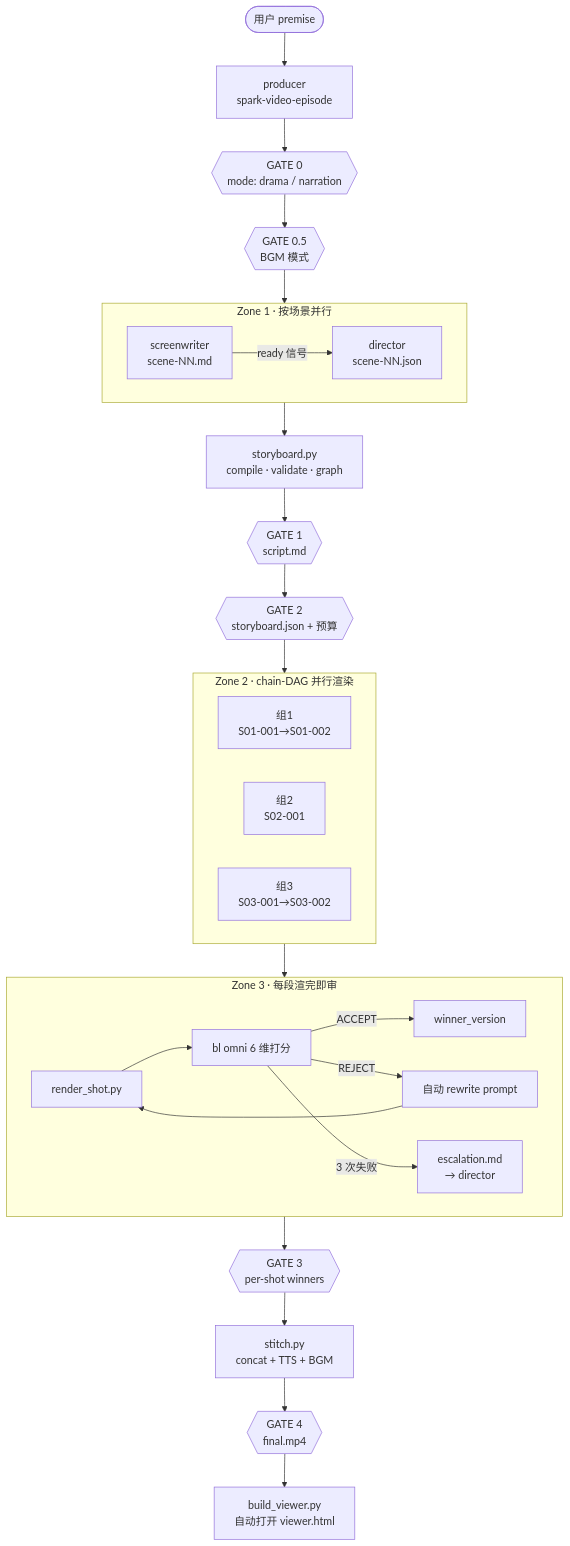
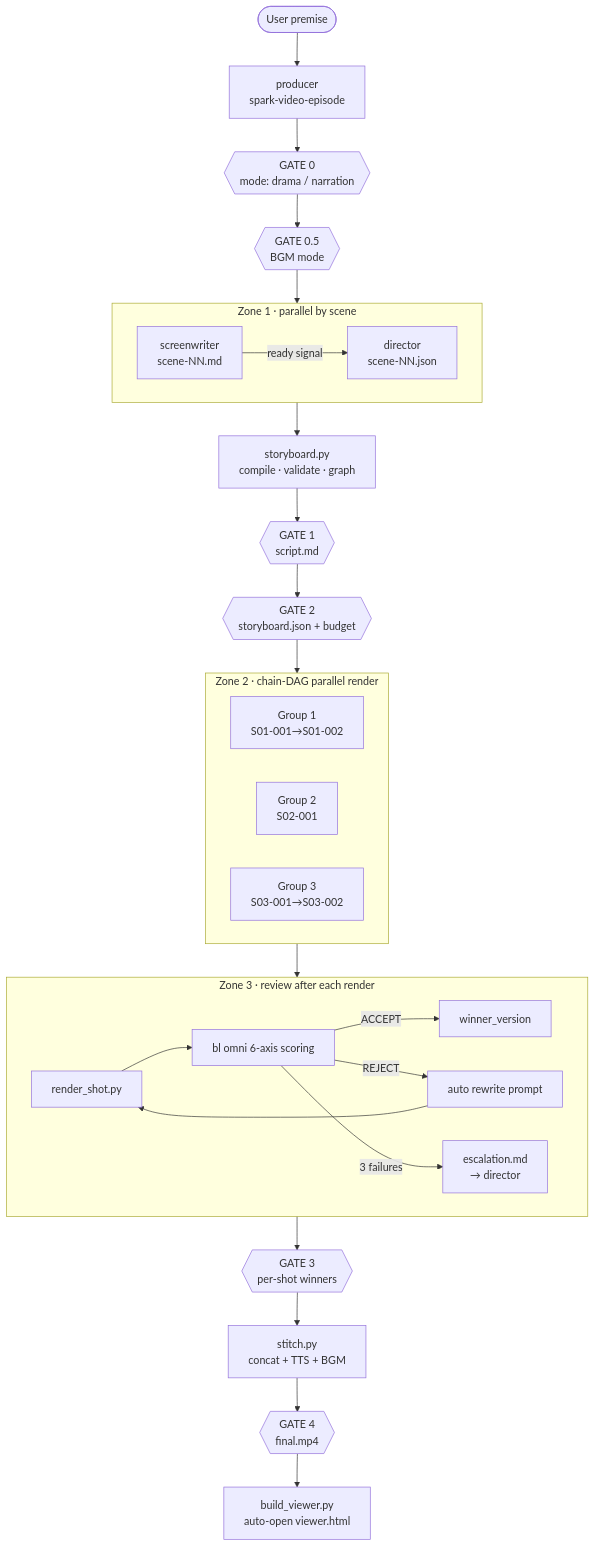
One commit to JohnKeating1997/spark-video changed the first of 6 diagrams in docs/architecture.md. Above: the diagram before and after it, drawn with Mermaid. The commit also changed other lines of this file and 32 other files, not shown here.

````diff
--- a/docs/architecture.md
+++ b/docs/architecture.md
@@ -69,42 +69,42 @@
 ```mermaid
 flowchart TB
-    User([用户 premise])
+    User([User premise])
     User --> Producer[producer<br/>spark-video-episode]
 
     Producer --> G0{{GATE 0<br/>mode: drama / narration}}
-    G0 --> G05{{GATE 0.5<br/>BGM 模式}}
+    G0 --> G05{{GATE 0.5<br/>BGM mode}}
     G05 --> Zone1
 
-    subgraph Zone1["Zone 1 · 按场景并行"]
+    subgraph Zone1["Zone 1 · parallel by scene"]
         SW[screenwriter<br/>scene-NN.md]
-        SW -- ready 信号 --> DIR[director<br/>scene-NN.json]
+        SW -- ready signal --> DIR[director<br/>scene-NN.json]
     end
 
     Zone1 --> Compile[storyboard.py<br/>compile · validate · graph]
     Compile --> G1{{GATE 1<br/>script.md}}
-    G1 --> G2{{GATE 2<br/>storyboard.json + 预算}}
+    G1 --> G2{{GATE 2<br/>storyboard.json + budget}}
 
     G2 --> Zone2
 
-    subgraph Zone2["Zone 2 · chain-DAG 并行渲染"]
+    subgraph Zone2["Zone 2 · chain-DAG parallel render"]
         direction LR
-        Grp1[组1<br/>S01-001→S01-002]
-        Grp2[组2<br/>S02-001]
-        Grp3[组3<br/>S03-001→S03-002]
+        Grp1[Group 1<br/>S01-001→S01-002]
+        Grp2[Group 2<br/>S02-001]
+        Grp3[Group 3<br/>S03-001→S03-002]
     end
 
     Zone2 --> Zone3
 
-    subgraph Zone3["Zone 3 · 每段渲完即审"]
-        Render[render_shot.py] --> Review[bl omni 6 维打分]
+    subgraph Zone3["Zone 3 · review after each render"]
+        Render[render_shot.py] --> Review[bl omni 6-axis scoring]
         Review -- ACCEPT --> Winner[winner_version]
-        Review -- REJECT --> Rewrite[自动 rewrite prompt]
+        Review -- REJECT --> Rewrite[auto rewrite prompt]
         Rewrite --> Render
-        Review -- 3 次失败 --> Escalate[escalation.md<br/>→ director]
+        Review -- 3 failures --> Escalate[escalation.md<br/>→ director]
     end
 
     Zone3 --> G3{{GATE 3<br/>per-shot winners}}
     G3 --> Stitch[stitch.py<br/>concat + TTS + BGM]
     Stitch --> G4{{GATE 4<br/>final.mp4}}
-    G4 --> Viewer[build_viewer.py<br/>自动打开 viewer.html]
+    G4 --> Viewer[build_viewer.py<br/>auto-open viewer.html]
 ```
````
